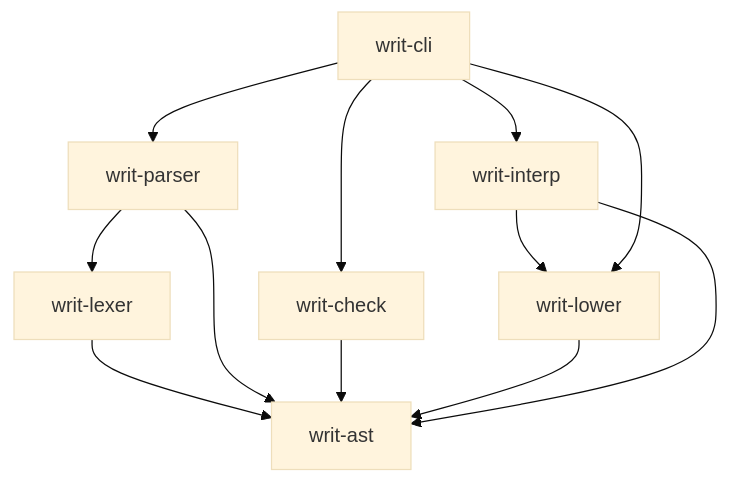
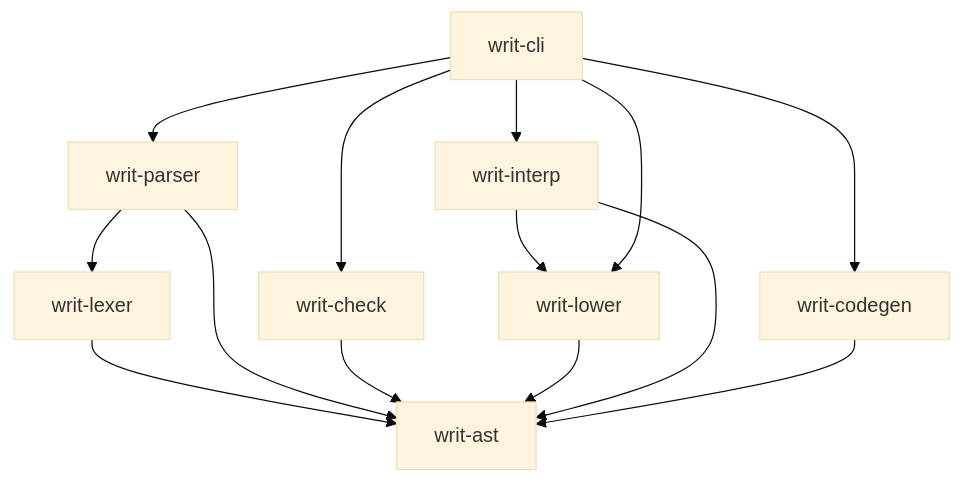
One commit to PaoloBozzini/writ changed the diagram in CLAUDE.md. Above: the diagram before and after it, drawn with Mermaid (base theme). The commit also changed other lines of this file and 8 other files, not shown here.

First line of the commit message:
feat(codegen): C back end for the core language (writ build)

````diff
--- a/CLAUDE.md
+++ b/CLAUDE.md
@@ -40,14 +40,16 @@
 ```mermaid
 graph TD
   lexer[writ-lexer] --> ast[writ-ast]
   parser[writ-parser] --> lexer
   parser --> ast
   check[writ-check] --> ast
   lower[writ-lower] --> ast
   interp[writ-interp] --> ast
   interp --> lower
+  codegen[writ-codegen] --> ast
   cli[writ-cli] --> parser
   cli --> check
   cli --> lower
+  cli --> codegen
   cli --> interp
 ```
````
